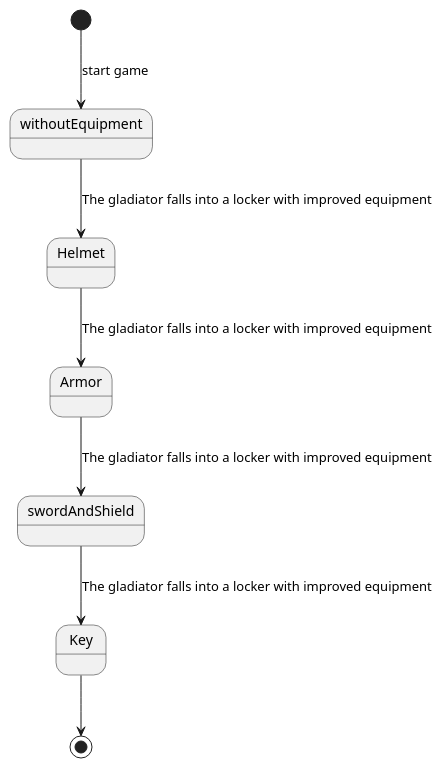
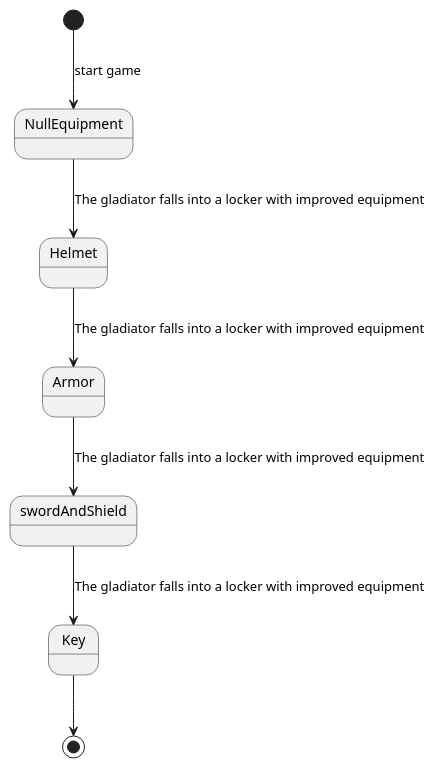
Before and after one commit to PabloGCH/tp2-algo3: the diagram in diagrams/states/equipmentEvolution.plantuml, drawn with PlantUML. The commit also changed 15 other files, not shown here.

```diff
--- a/diagrams/states/equipmentEvolution.plantuml
+++ b/diagrams/states/equipmentEvolution.plantuml
@@ -1,14 +1,14 @@
 @startuml
 
-[*] --> withoutEquipment: start game
+[*] --> NullEquipment: start game
 
-withoutEquipment --> Helmet : The gladiator falls into a locker with improved equipment
+NullEquipment --> Helmet : The gladiator falls into a locker with improved equipment
 
 Helmet --> Armor: The gladiator falls into a locker with improved equipment
 
 Armor --> swordAndShield: The gladiator falls into a locker with improved equipment
 
 swordAndShield --> Key: The gladiator falls into a locker with improved equipment
 
 Key --> [*]
 @enduml
```
